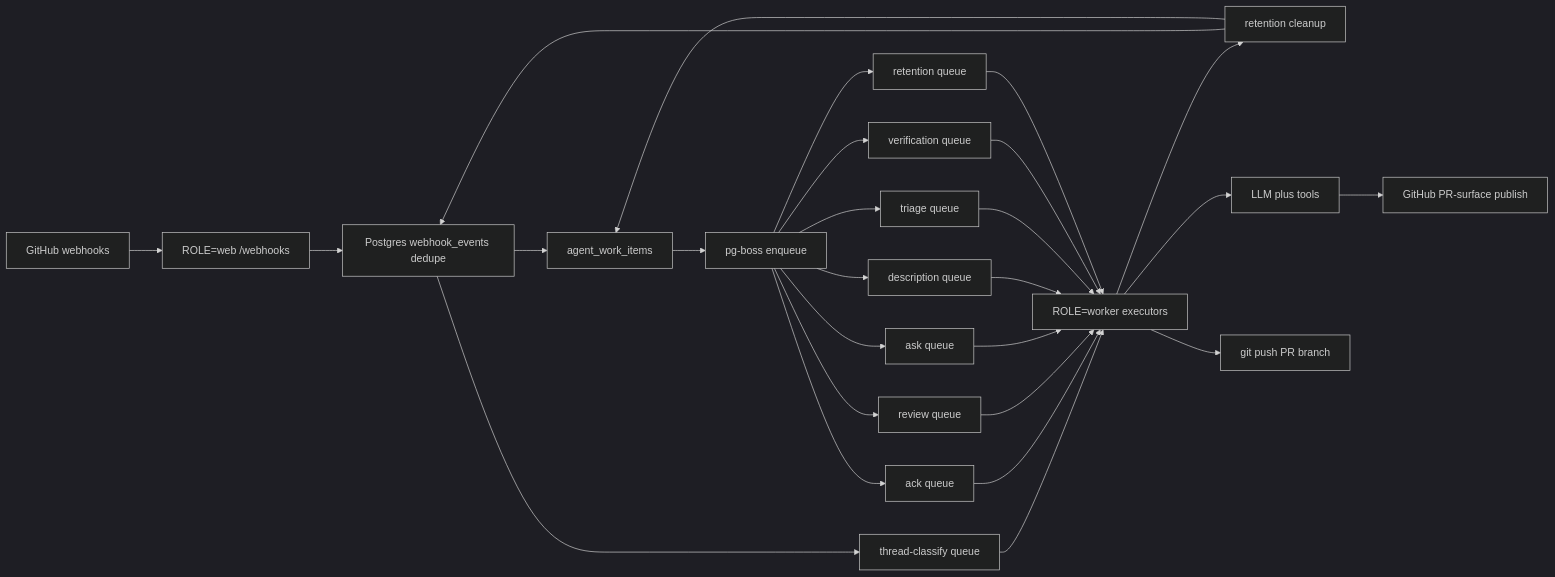
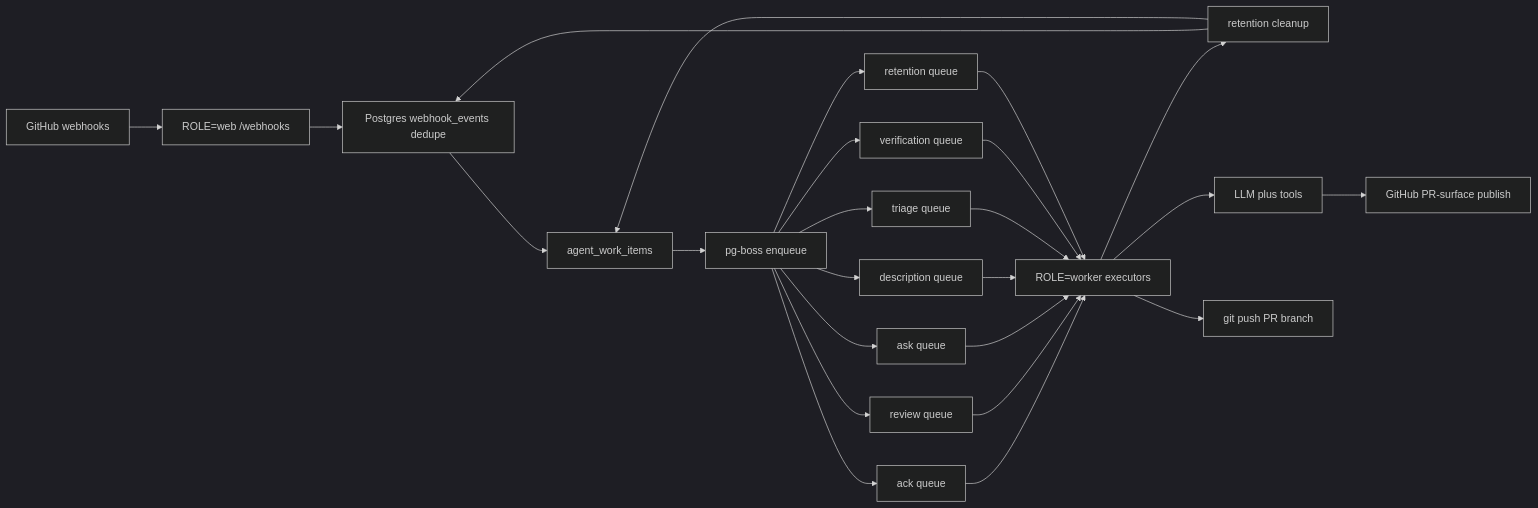
The diagram in README.md (prathamdby/pr-agent), drawn with Mermaid (dark theme) before and after one commit. The commit also changed other lines of this file and 50 other files, not shown here.

````diff
--- a/README.md
+++ b/README.md
@@ -212,29 +212,27 @@
 ```mermaid
 flowchart LR
   GitHub[GitHub webhooks] --> Web["ROLE=web /webhooks"]
   Web --> Dedupe[Postgres webhook_events dedupe]
   Dedupe --> Items[agent_work_items]
-  Dedupe --> ClassifyQ[thread-classify queue]
   Items --> Boss[pg-boss enqueue]
   Boss --> AckQ[ack queue]
   Boss --> RevQ[review queue]
   Boss --> AskQ[ask queue]
   Boss --> DescQ[description queue]
   Boss --> TriageQ[triage queue]
   Boss --> VerifQ[verification queue]
   Boss --> RetQ[retention queue]
-  ClassifyQ --> Worker["ROLE=worker executors"]
-  AckQ --> Worker
+  AckQ --> Worker["ROLE=worker executors"]
   RevQ --> Worker
   AskQ --> Worker
   DescQ --> Worker
   TriageQ --> Worker
   VerifQ --> Worker
   RetQ --> Worker
   Worker --> Retention[retention cleanup]
   Retention --> Dedupe
   Retention --> Items
   Worker --> LLM[LLM plus tools]
   LLM --> Publish[GitHub PR-surface publish]
   Worker --> Push[git push PR branch]
 ```
````
